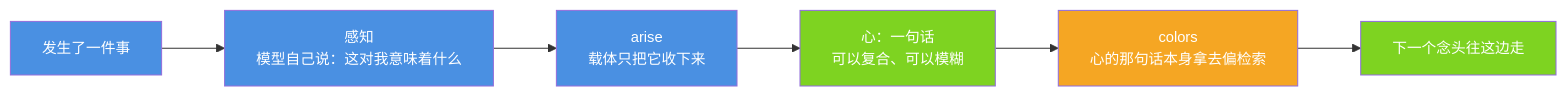
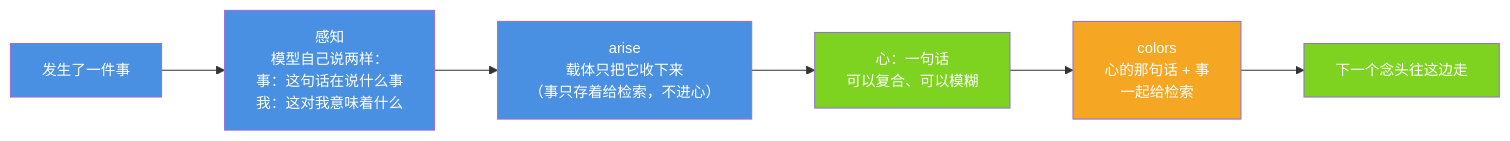
The diagram in docs/heart.md (jiangchuangege/xiaojiao-harnees), drawn with Mermaid before and after one commit. The commit also changed other lines of this file and 49 other files, not shown here.

````diff
--- a/docs/heart.md
+++ b/docs/heart.md
@@ -28,16 +28,16 @@
 ```mermaid
 %%{init: {"themeVariables": {"fontSize": "14px"}, "flowchart": {"htmlLabels": true, "wrappingWidth": 340, "nodeSpacing": 46, "rankSpacing": 60, "useMaxWidth": true}}}%%
 flowchart LR
-    E["发生了一件事"] --> P["感知<br/>模型自己说：这对我意味着什么"]
-    P --> A["arise<br/>载体只把它收下来"]
+    E["发生了一件事"] --> P["感知<br/>模型自己说两样：<br/>事：这句话在说什么事<br/>我：这对我意味着什么"]
+    P --> A["arise<br/>载体只把它收下来<br/>（事只存着给检索，不进心）"]
     A --> H["心：一句话<br/>可以复合、可以模糊"]
-    H --> C["colors<br/>心的那句话本身拿去偏检索"]
+    H --> C["colors<br/>心的那句话 + 事<br/>一起给检索"]
     C --> M["下一个念头往这边走"]
     style E fill:#4A90E2,color:#fff
     style P fill:#4A90E2,color:#fff
     style A fill:#4A90E2,color:#fff
     style H fill:#7ED321,color:#fff
     style C fill:#F5A623,color:#fff
     style M fill:#7ED321,color:#fff
 
 ```
````
